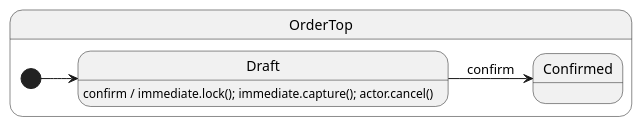
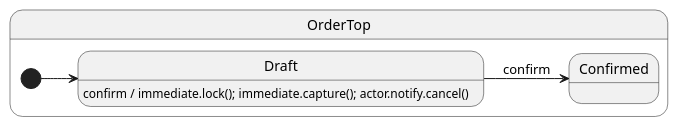
One commit to filasieno/ihsm changed the diagram in packages/ihsm/examples/17-post-now/README.md. Above: the diagram before and after it, drawn with PlantUML. The commit also changed other lines of this file and 200 other files, not shown here.

````diff
--- a/packages/ihsm/examples/17-post-now/README.md
+++ b/packages/ihsm/examples/17-post-now/README.md
@@ -15,10 +15,10 @@
 ```plantuml
 @startuml
 left to right direction
 state OrderTop {
   [*] --> Draft
-  Draft : confirm / immediate.lock(); immediate.capture(); actor.cancel()
+  Draft : confirm / immediate.lock(); immediate.capture(); actor.notify.cancel()
   Draft --> Confirmed : confirm
 }
 @enduml
 ```
````
